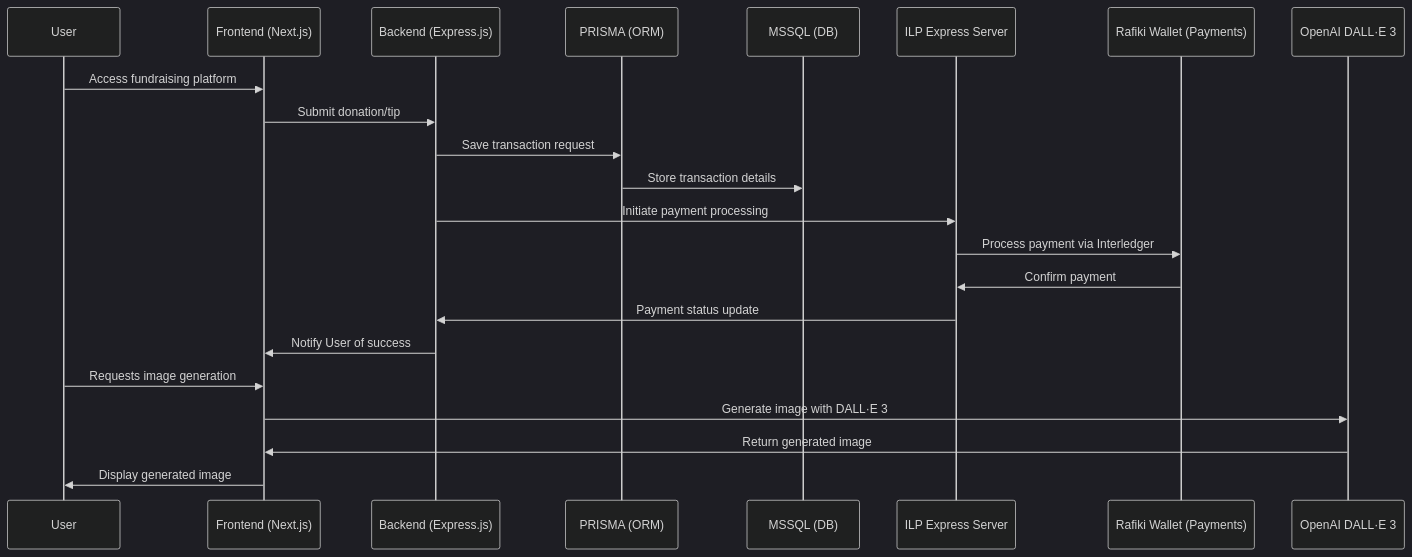
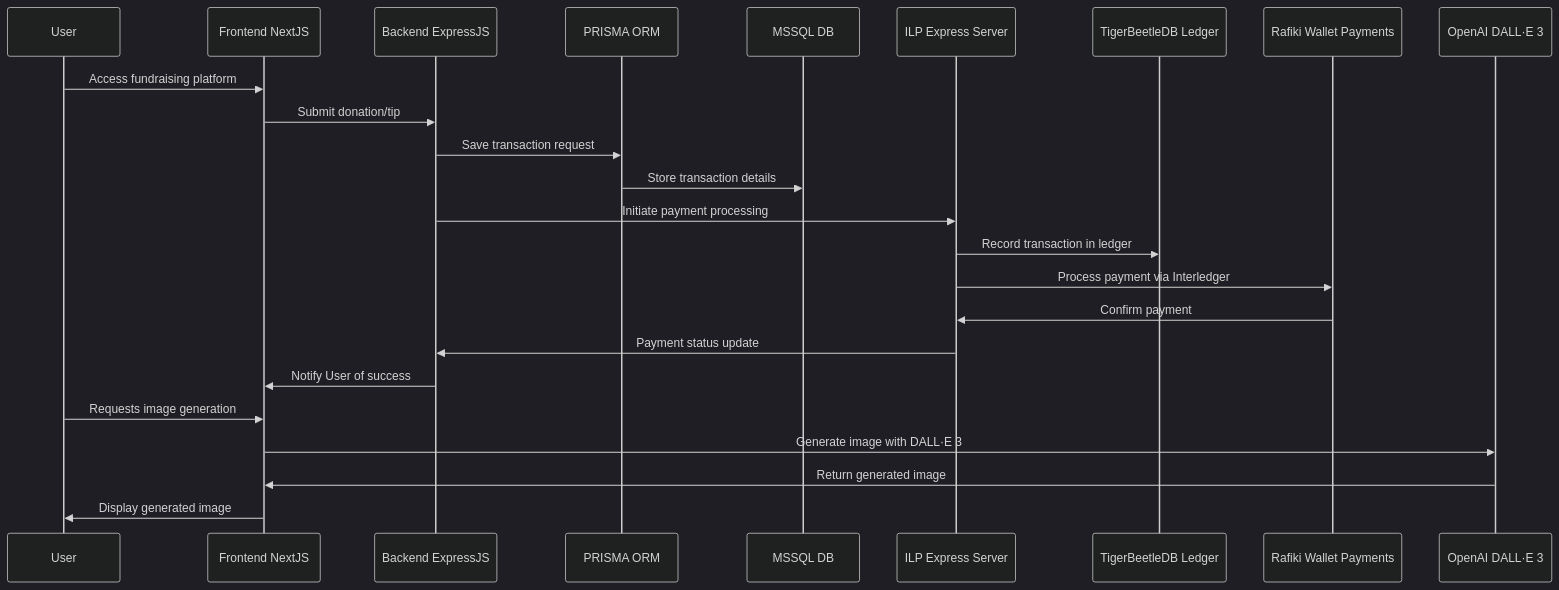
Before and after one commit to adgsenpai/FundSecure: the second of 2 diagrams in README.md, drawn with Mermaid (dark theme). The commit also changed other lines of this file, not shown here.

````diff
--- a/README.md
+++ b/README.md
@@ -49,25 +56,27 @@
 ```mermaid
 sequenceDiagram
     participant User
-    participant Frontend as Frontend (Next.js)
-    participant Backend as Backend (Express.js)
-    participant Prisma as PRISMA (ORM)
-    participant MSSQL as MSSQL (DB)
-    participant ILPServer as ILP Express Server    
-    participant RafikiWallet as Rafiki Wallet (Payments)
+    participant Frontend as Frontend NextJS
+    participant Backend as Backend ExpressJS
+    participant Prisma as PRISMA ORM
+    participant MSSQL as MSSQL DB
+    participant ILPServer as ILP Express Server
+    participant TigerBeetleDB as TigerBeetleDB Ledger
+    participant RafikiWallet as Rafiki Wallet Payments
     participant OpenAI as OpenAI DALL·E 3
 
     User->>Frontend: Access fundraising platform
     Frontend->>Backend: Submit donation/tip
     Backend->>Prisma: Save transaction request
     Prisma->>MSSQL: Store transaction details
-    Backend->>ILPServer: Initiate payment processing    
+    Backend->>ILPServer: Initiate payment processing
+    ILPServer->>TigerBeetleDB: Record transaction in ledger
     ILPServer->>RafikiWallet: Process payment via Interledger
     RafikiWallet->>ILPServer: Confirm payment
     ILPServer->>Backend: Payment status update
     Backend->>Frontend: Notify User of success
     User->>Frontend: Requests image generation
     Frontend->>OpenAI: Generate image with DALL·E 3
     OpenAI->>Frontend: Return generated image
     Frontend->>User: Display generated image
 ```
````
